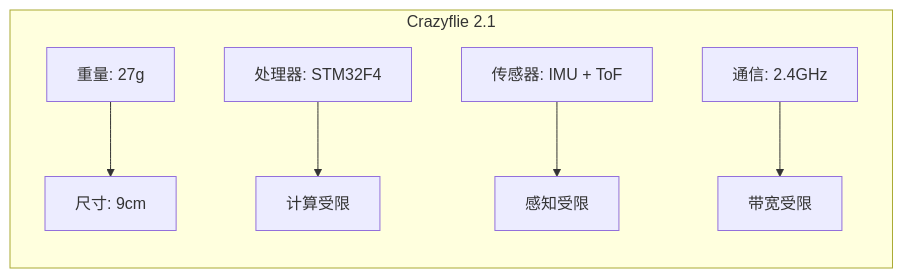
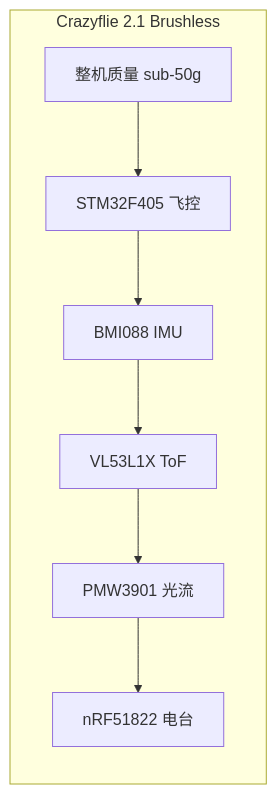
One commit to Qxy661/UAV-WM-VLA-Learning changed the fourth of 7 diagrams in docs/02-世界模型专题/06-关键数据集与基准.md. Above: the diagram before and after it, drawn with Mermaid. The commit also changed other lines of this file and 53 other files, not shown here.

````diff
--- a/docs/02-世界模型专题/06-关键数据集与基准.md
+++ b/docs/02-世界模型专题/06-关键数据集与基准.md
@@ -171,9 +156,10 @@
 ```mermaid
 graph LR
-    subgraph Crazyflie 2.1
-        A[重量: 27g] --> B[尺寸: 9cm]
-        C[处理器: STM32F4] --> D[计算受限]
-        E[传感器: IMU + ToF] --> F[感知受限]
-        G[通信: 2.4GHz] --> H[带宽受限]
+    subgraph "Crazyflie 2.1 Brushless"
+        A[整机质量 sub-50g] --> B[STM32F405 飞控]
+        B --> C[BMI088 IMU]
+        C --> D[VL53L1X ToF]
+        D --> E[PMW3901 光流]
+        E --> F[nRF51822 电台]
     end
 ```
````
